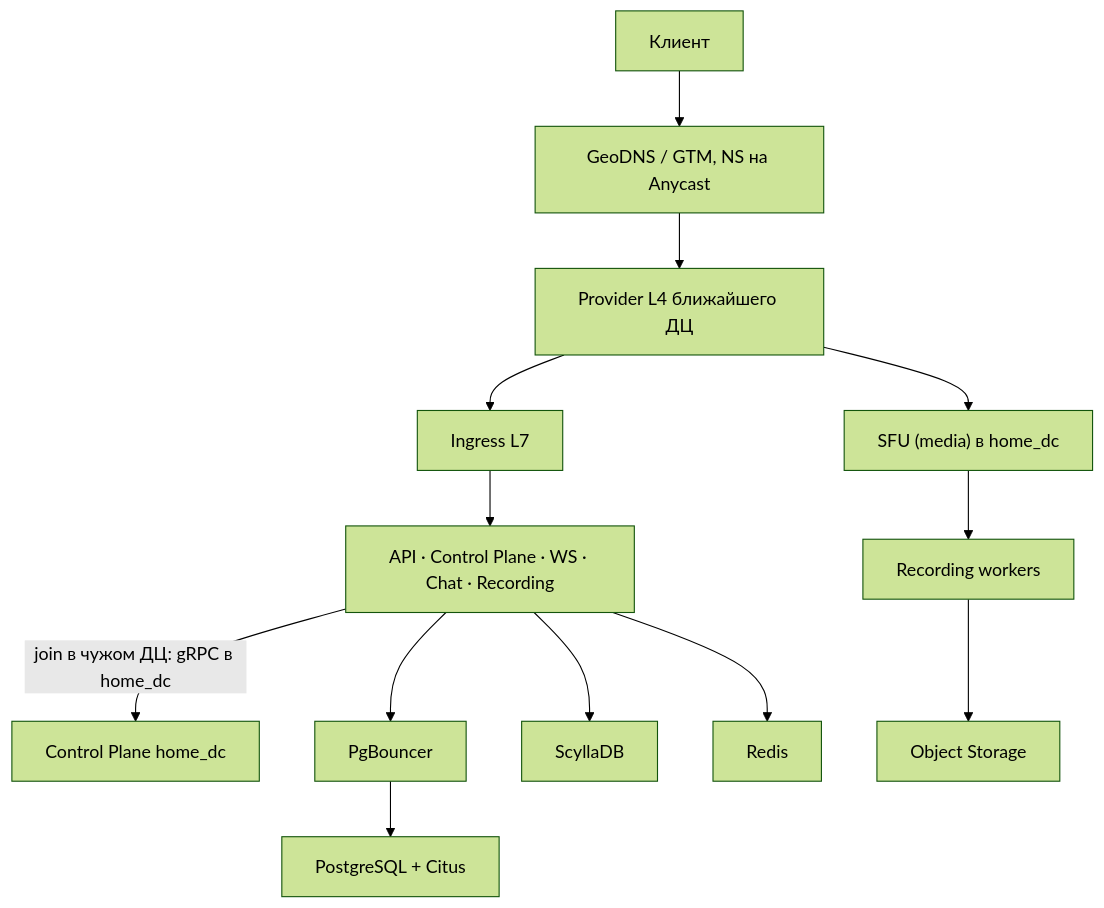
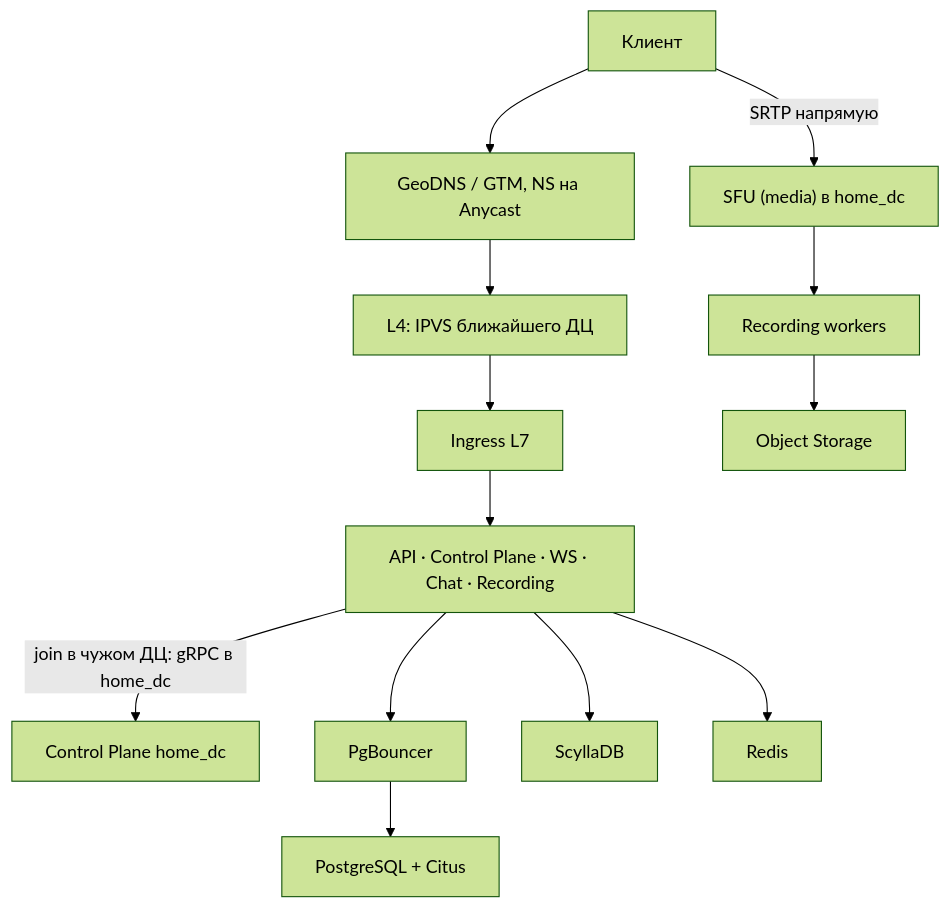
Before and after one commit to Danykrane/system_design: diagram 11 of 11 in README.md, drawn with Mermaid (forest theme). The commit also changed other lines of this file and 7 other files, not shown here.

````diff
--- a/README.md
+++ b/README.md
@@ -1282,15 +1429,15 @@
 ```mermaid
 flowchart TD
     C["Клиент"] --> DNS["GeoDNS / GTM, NS на Anycast"]
-    DNS --> L4["Provider L4 ближайшего ДЦ"]
+    DNS --> L4["L4: IPVS ближайшего ДЦ"]
     L4 --> ING["Ingress L7"]
-    L4 --> SFU["SFU (media) в home_dc"]
+    C -->|"SRTP напрямую"| SFU["SFU (media) в home_dc"]
     ING --> SVC["API · Control Plane · WS · Chat · Recording"]
     SVC -->|"join в чужом ДЦ: gRPC в home_dc"| HOME["Control Plane home_dc"]
     SVC --> PGB["PgBouncer"]
     PGB --> PG["PostgreSQL + Citus"]
     SVC --> SC["ScyllaDB"]
     SVC --> RD["Redis"]
     SFU --> REC["Recording workers"]
     REC --> OBJ["Object Storage"]
 ```
````
